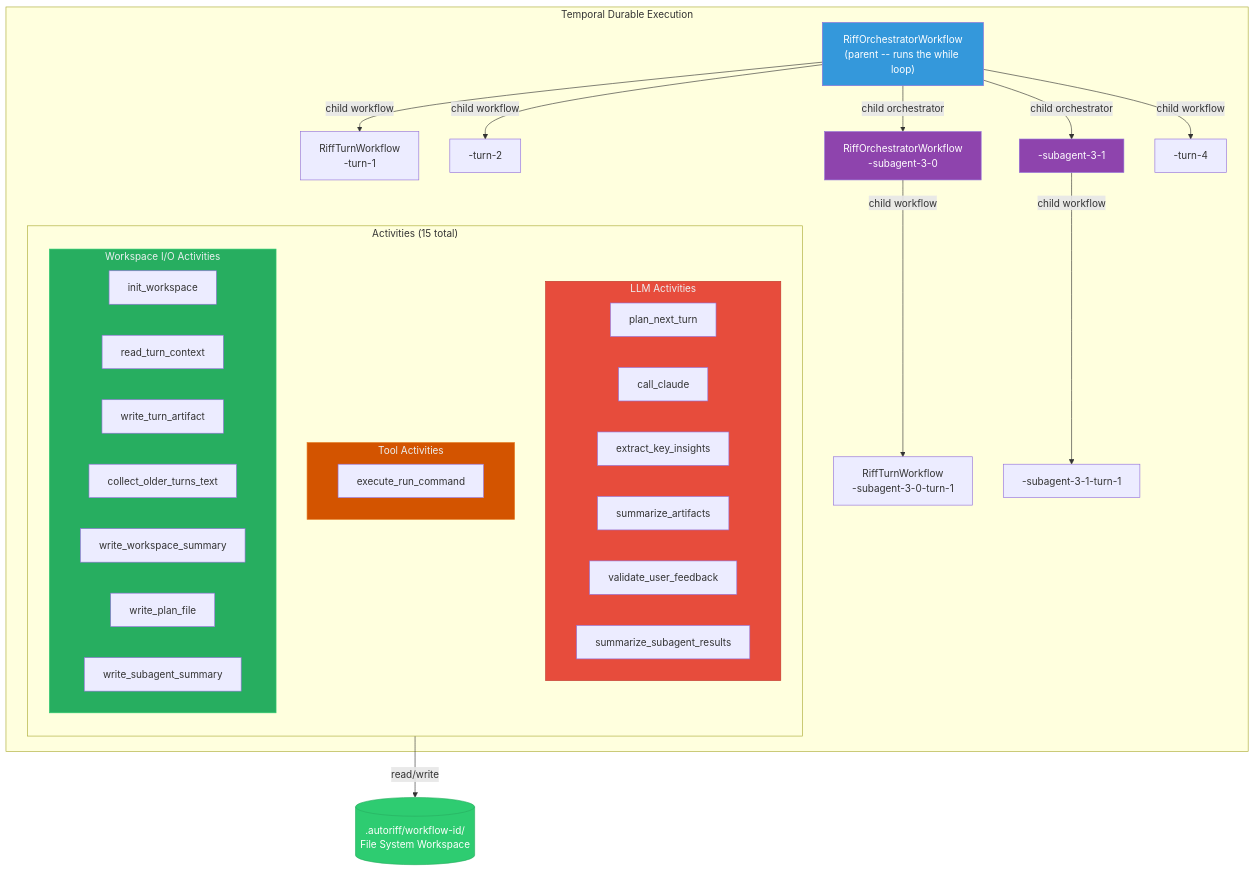
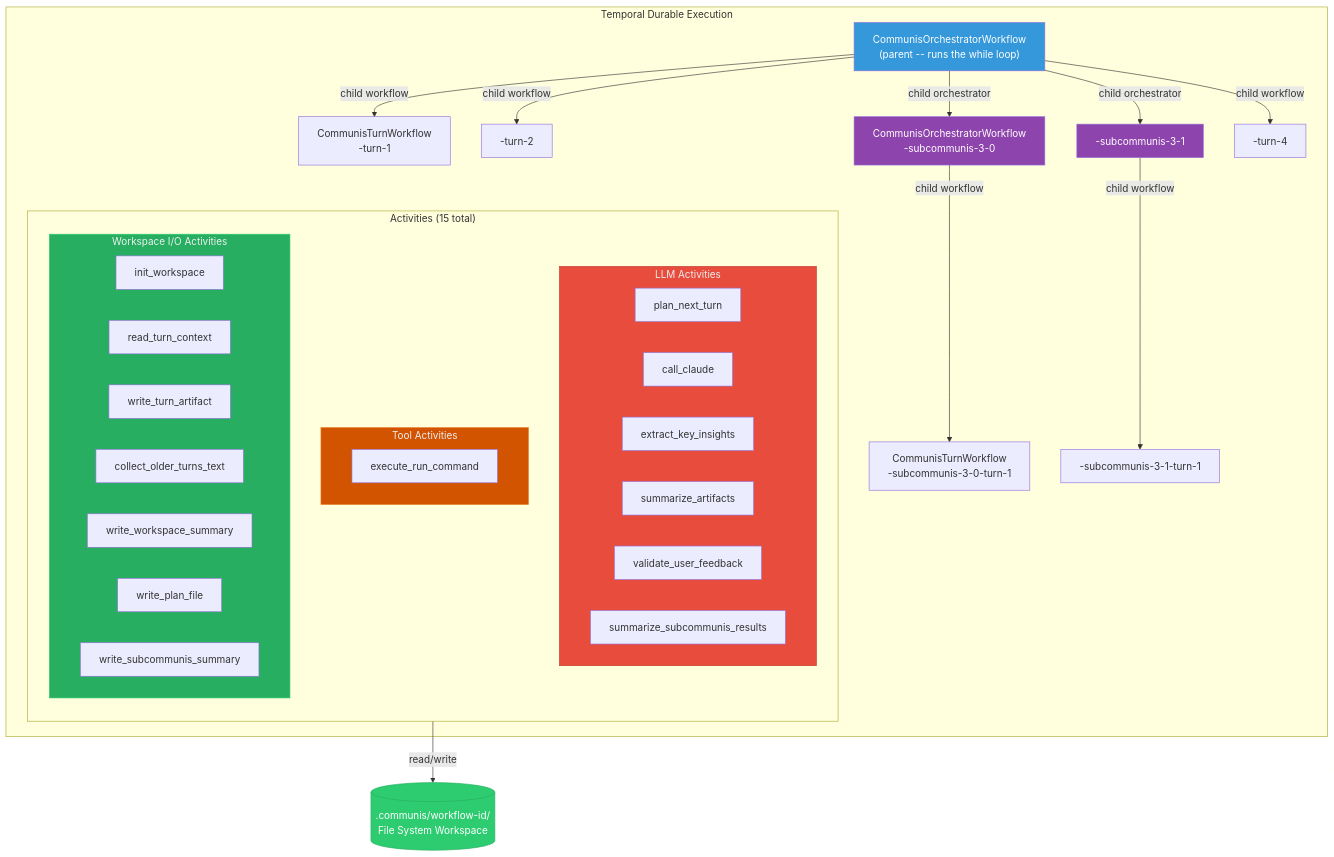
The sixth of 6 diagrams in docs/process-diagram-b9e8516e.md (andrewjlavoie/communis-agent), drawn with Mermaid before and after one commit. The commit also changed other lines of this file and 25 other files, not shown here.

First line of the commit message:
Rename project from autoRiff to communis

````diff
--- a/docs/process-diagram-b9e8516e.md
+++ b/docs/process-diagram-b9e8516e.md
@@ -295,53 +295,53 @@
 ```mermaid
 flowchart TD
     subgraph TEMPORAL["Temporal Durable Execution"]
-        O["RiffOrchestratorWorkflow<br/>(parent -- runs the while loop)"]
+        O["CommunisOrchestratorWorkflow<br/>(parent -- runs the while loop)"]
 
-        O -->|"child workflow"| T1["RiffTurnWorkflow<br/>-turn-1"]
+        O -->|"child workflow"| T1["CommunisTurnWorkflow<br/>-turn-1"]
         O -->|"child workflow"| T2["-turn-2"]
 
-        O -->|"child orchestrator"| SA1["RiffOrchestratorWorkflow<br/>-subagent-3-0"]
-        O -->|"child orchestrator"| SA2["-subagent-3-1"]
+        O -->|"child orchestrator"| SA1["CommunisOrchestratorWorkflow<br/>-subcommunis-3-0"]
+        O -->|"child orchestrator"| SA2["-subcommunis-3-1"]
 
-        SA1 -->|"child workflow"| SA1T1["RiffTurnWorkflow<br/>-subagent-3-0-turn-1"]
-        SA2 -->|"child workflow"| SA2T1["-subagent-3-1-turn-1"]
+        SA1 -->|"child workflow"| SA1T1["CommunisTurnWorkflow<br/>-subcommunis-3-0-turn-1"]
+        SA2 -->|"child workflow"| SA2T1["-subcommunis-3-1-turn-1"]
 
         O -->|"child workflow"| T4["-turn-4"]
 
         subgraph ACTIVITIES["Activities (15 total)"]
             direction TB
             subgraph LLM_ACT["LLM Activities"]
                 A3["plan_next_turn"]
                 A4["call_claude"]
                 A5["extract_key_insights"]
                 A8["summarize_artifacts"]
                 A10["validate_user_feedback"]
-                A11["summarize_subagent_results"]
+                A11["summarize_subcommunis_results"]
             end
             subgraph TOOL_ACT["Tool Activities"]
                 A12["execute_run_command"]
             end
             subgraph IO_ACT["Workspace I/O Activities"]
                 A1["init_workspace"]
                 A2["read_turn_context"]
                 A6["write_turn_artifact"]
                 A7["collect_older_turns_text"]
                 A9["write_workspace_summary"]
                 A13["write_plan_file"]
-                A14["write_subagent_summary"]
+                A14["write_subcommunis_summary"]
             end
         end
     end
 
-    FS[(".autoriff/workflow-id/<br/>File System Workspace")]
+    FS[(".communis/workflow-id/<br/>File System Workspace")]
 
     IO_ACT -->|"read/write"| FS
 
     style O fill:#3498db,color:#fff
     style SA1 fill:#8e44ad,color:#fff
     style SA2 fill:#8e44ad,color:#fff
     style FS fill:#2ecc71,stroke:#27ae60,color:#fff
     style LLM_ACT fill:#e74c3c,stroke:#c0392b,color:#ecf0f1
     style TOOL_ACT fill:#d35400,stroke:#e67e22,color:#ecf0f1
     style IO_ACT fill:#27ae60,stroke:#2ecc71,color:#ecf0f1
 ```
````
